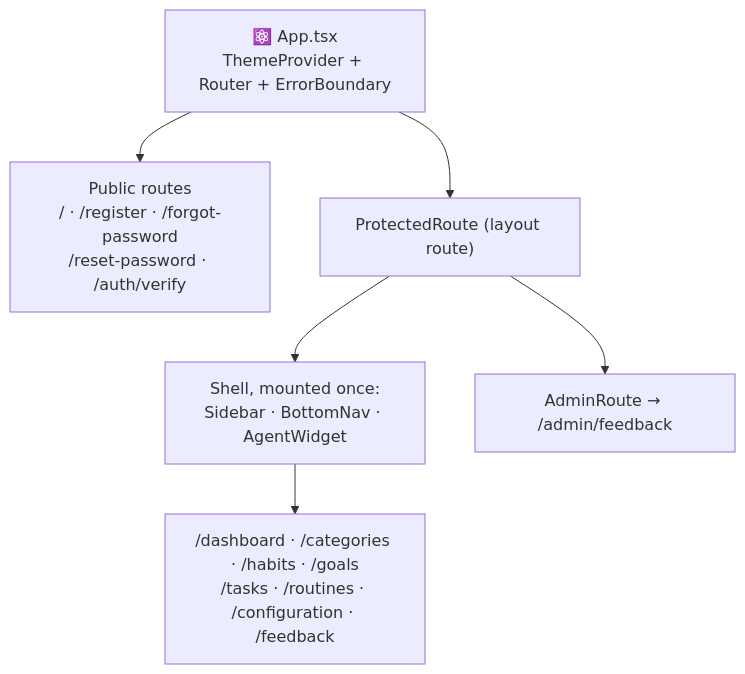
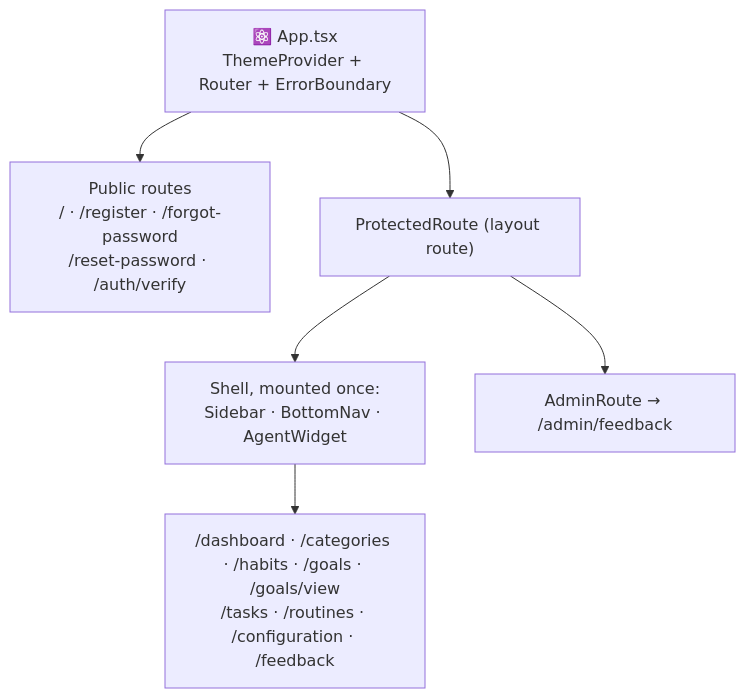
One commit to AndDev741/Beyou-arch-design changed the diagram in architecture/ui-components/en.md. Above: the diagram before and after it, drawn with Mermaid. The commit also changed other lines of this file and 12 other files, not shown here.

````diff
--- a/architecture/ui-components/en.md
+++ b/architecture/ui-components/en.md
@@ -10,9 +10,9 @@
 ```mermaid
 flowchart TD
   APP["⚛️ App.tsx<br/>ThemeProvider + Router + ErrorBoundary"]
   APP --> PUB["Public routes<br/>/ · /register · /forgot-password<br/>/reset-password · /auth/verify"]
   APP --> PROT["ProtectedRoute (layout route)"]
   PROT --> SHELL["Shell, mounted once:<br/>Sidebar · BottomNav · AgentWidget"]
-  SHELL --> PAGES["/dashboard · /categories · /habits · /goals<br/>/tasks · /routines · /configuration · /feedback"]
+  SHELL --> PAGES["/dashboard · /categories · /habits · /goals · /goals/view<br/>/tasks · /routines · /configuration · /feedback"]
   PROT --> ADMIN["AdminRoute → /admin/feedback"]
 ```
````
